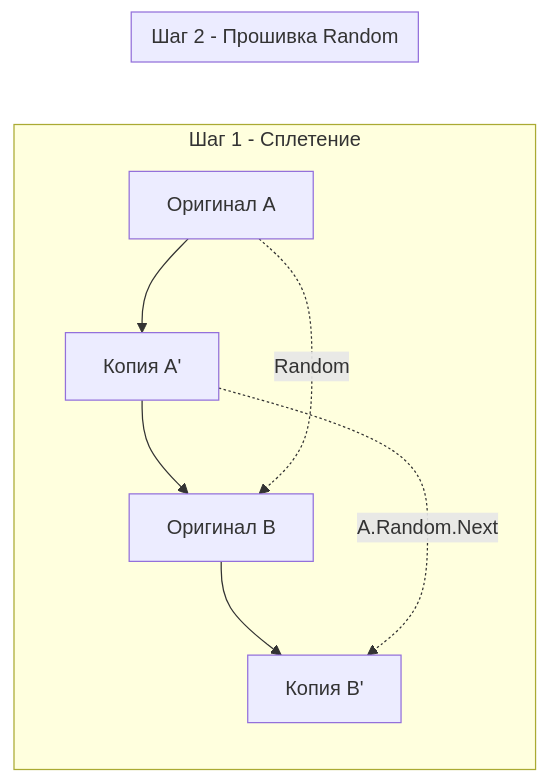
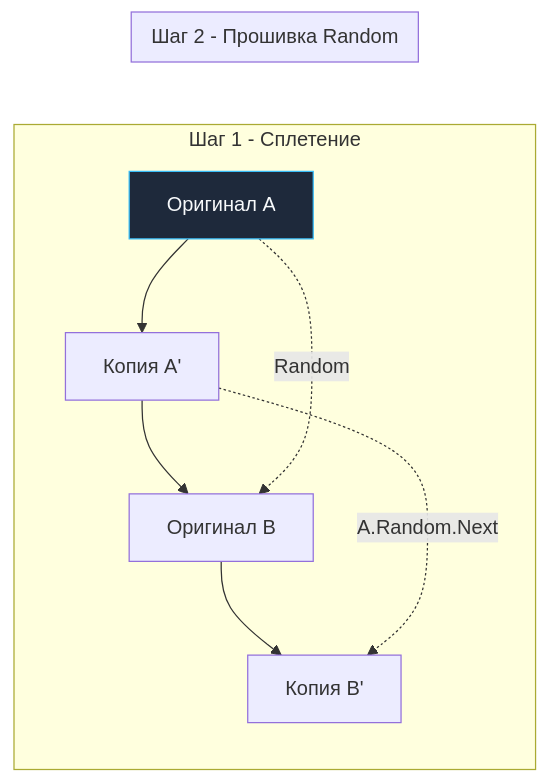
Before and after one commit to UnrealTemplier/go-textbook: the diagram in sources/21. Задачи с LeetCode и собеседований на Go/02. Задачи/08. Связные списки/9. Copy List with Random Pointer.md, drawn with Mermaid. The commit also changed 1666 other files, not shown here.

First line of the commit message:
feat(mermaid): add semantic color classDef to 1369 colorless flowchart/graph diagrams

````diff
--- a/sources/21. Задачи с LeetCode и собеседований на Go/02. Задачи/08. Связные списки/9. Copy List with Random Pointer.md
+++ b/sources/21. Задачи с LeetCode и собеседований на Go/02. Задачи/08. Связные списки/9. Copy List with Random Pointer.md
@@ -37,13 +37,23 @@
 ```mermaid
 flowchart LR
+    classDef process  fill:#1e293b,stroke:#38bdf8,stroke-width:1px,color:#f8fafc
+    classDef success  fill:#064e3b,stroke:#34d399,stroke-width:1px,color:#f8fafc
+    classDef error    fill:#7f1d1d,stroke:#f87171,stroke-width:1px,color:#f8fafc
+    classDef warning  fill:#78350f,stroke:#fbbf24,stroke-width:1px,color:#f8fafc
+    classDef entry    fill:#1e3a5f,stroke:#38bdf8,stroke-width:2px,color:#f8fafc
+    classDef aux      fill:#334155,stroke:#64748b,stroke-width:1px,color:#f8fafc
+    classDef system   fill:#312e81,stroke:#a78bfa,stroke-width:1px,color:#f8fafc
+    classDef data     fill:#132d29,stroke:#2dd4bf,stroke-width:1px,color:#f8fafc
+    classDef network  fill:#881337,stroke:#fb7185,stroke-width:1px,color:#f8fafc
+    classDef accent   fill:#1e1b4b,stroke:#818cf8,stroke-width:1px,color:#f8fafc
     subgraph Шаг 1 - Сплетение
-        A["Оригинал A"] --> Acopy["Копия A'"]
+        A["Оригинал A"]:::process --> Acopy["Копия A'"]
         Acopy --> B["Оригинал B"]
         B --> Bcopy["Копия B'"]
     end
     
     subgraph Шаг 2 - Прошивка Random
         A -.->|"Random"| B
         Acopy -.->|"A.Random.Next"| Bcopy
     end
 ```
````
